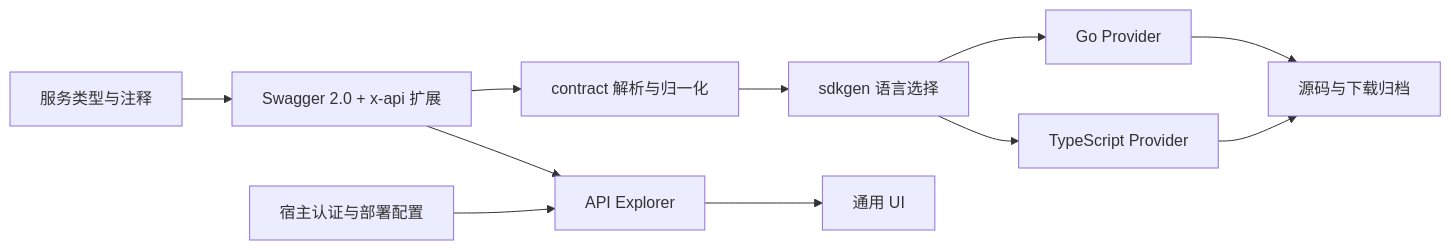
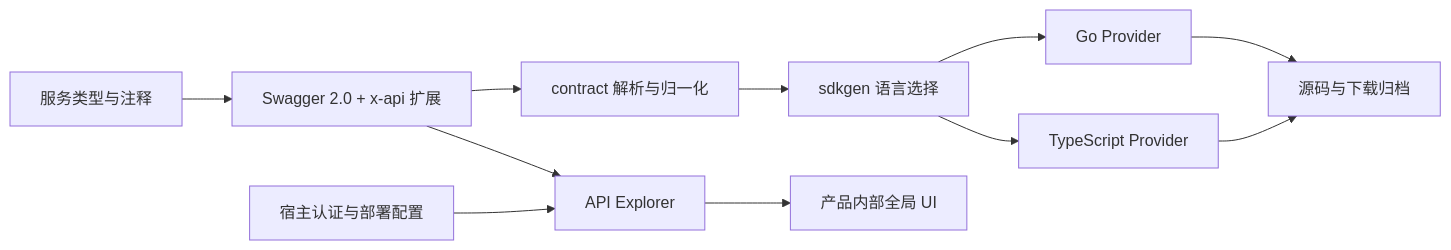
Before and after one commit to PerfectZQ/openapi-workbench: the diagram in doc/architecture/architecture.md, drawn with Mermaid. The commit also changed other lines of this file and 82 other files, not shown here.

````diff
--- a/doc/architecture/architecture.md
+++ b/doc/architecture/architecture.md
@@ -5,13 +5,13 @@
 ```mermaid
 flowchart LR
   Source[服务类型与注释] --> Spec[Swagger 2.0 + x-api 扩展]
   Spec --> Contract[contract 解析与归一化]
   Contract --> Generator[sdkgen 语言选择]
   Generator --> Go[Go Provider]
   Generator --> TS[TypeScript Provider]
   Spec --> Frontend[API Explorer]
   Host[宿主认证与部署配置] --> Frontend
-  Frontend --> UI[通用 UI]
+  Frontend --> UI[产品内部全局 UI]
   Go --> Artifacts[源码与下载归档]
   TS --> Artifacts
 ```
````
